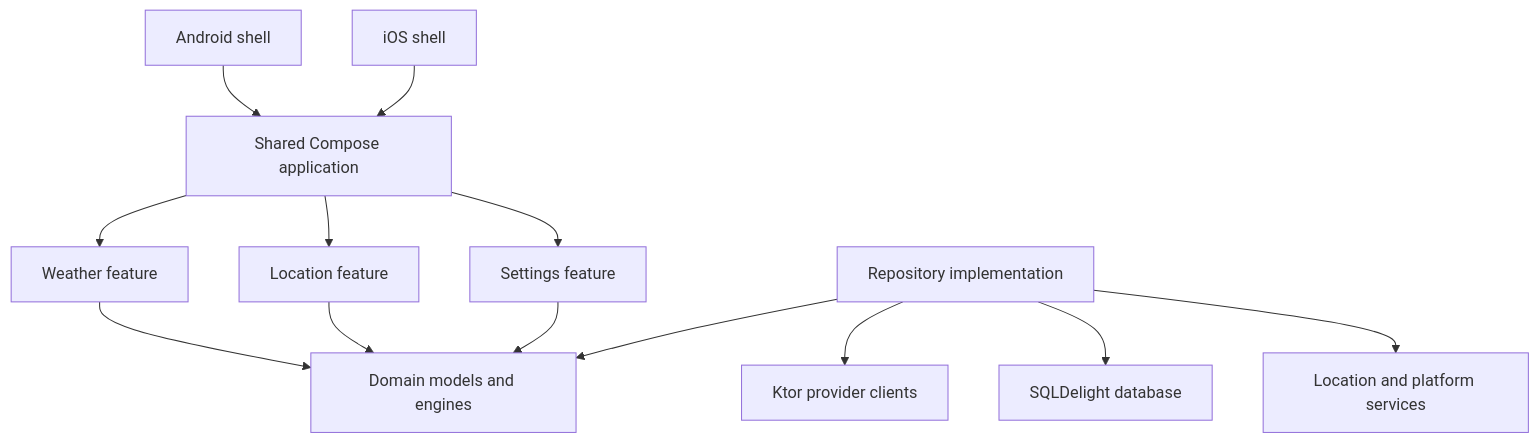
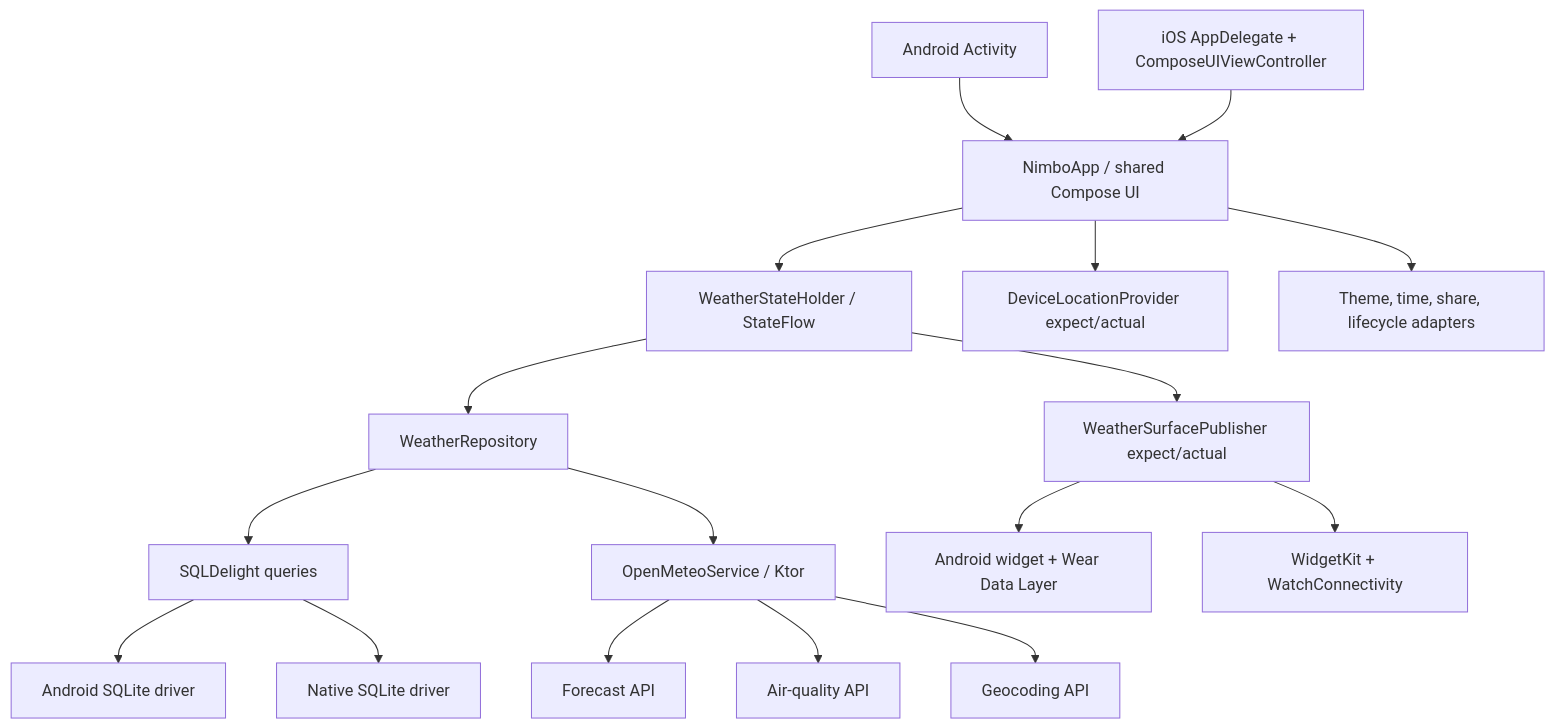
One commit to 4810092/Weather changed the first of 2 diagrams in docs/ARCHITECTURE.md. Above: the diagram before and after it, drawn with Mermaid. The commit also changed other lines of this file and 20 other files, not shown here.

Commit message:
Document Nimbo as a KMP reference application

````diff
--- a/docs/ARCHITECTURE.md
+++ b/docs/ARCHITECTURE.md
@@ -5,15 +7,19 @@
 ```mermaid
 flowchart TD
-  Android["Android shell"] --> App["Shared Compose application"]
-  iOS["iOS shell"] --> App
-  App --> Weather["Weather feature"]
-  App --> Location["Location feature"]
-  App --> Settings["Settings feature"]
-  Weather --> Domain["Domain models and engines"]
-  Location --> Domain
-  Settings --> Domain
-  Data["Repository implementation"] --> Domain
-  Data --> Network["Ktor provider clients"]
-  Data --> DB["SQLDelight database"]
-  Data --> Platform["Location and platform services"]
+    Android["Android Activity"] --> SharedApp["NimboApp / shared Compose UI"]
+    IOS["iOS AppDelegate + ComposeUIViewController"] --> SharedApp
+    SharedApp --> State["WeatherStateHolder / StateFlow"]
+    State --> Repo["WeatherRepository"]
+    Repo --> SQL["SQLDelight queries"]
+    Repo --> Service["OpenMeteoService / Ktor"]
+    Service --> Forecast["Forecast API"]
+    Service --> Air["Air-quality API"]
+    Service --> Search["Geocoding API"]
+    SQL --> AndroidDriver["Android SQLite driver"]
+    SQL --> AppleDriver["Native SQLite driver"]
+    SharedApp --> Location["DeviceLocationProvider expect/actual"]
+    SharedApp --> Platform["Theme, time, share, lifecycle adapters"]
+    State --> Publisher["WeatherSurfacePublisher expect/actual"]
+    Publisher --> AndroidSurface["Android widget + Wear Data Layer"]
+    Publisher --> AppleSurface["WidgetKit + WatchConnectivity"]
 ```
````
